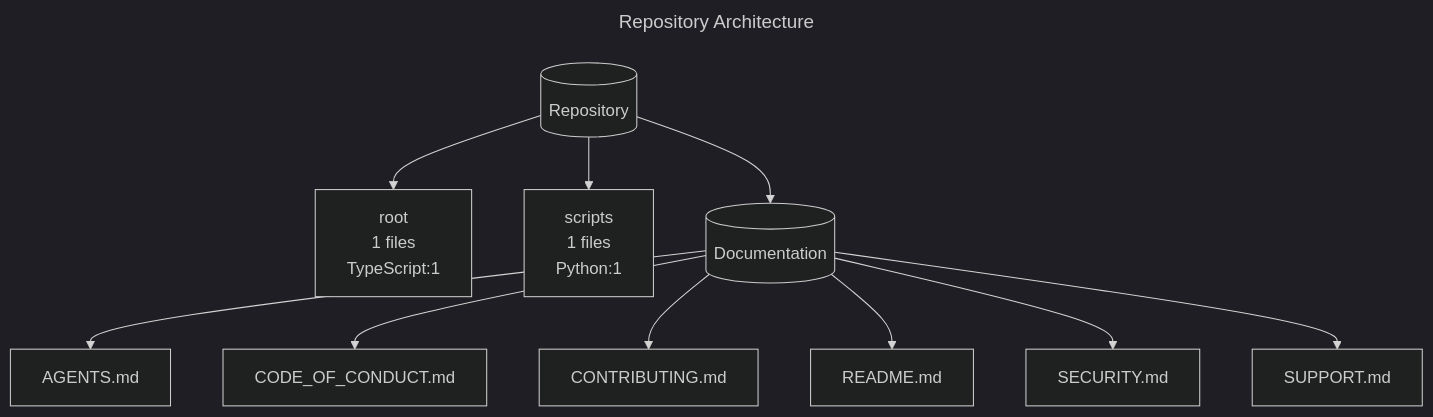
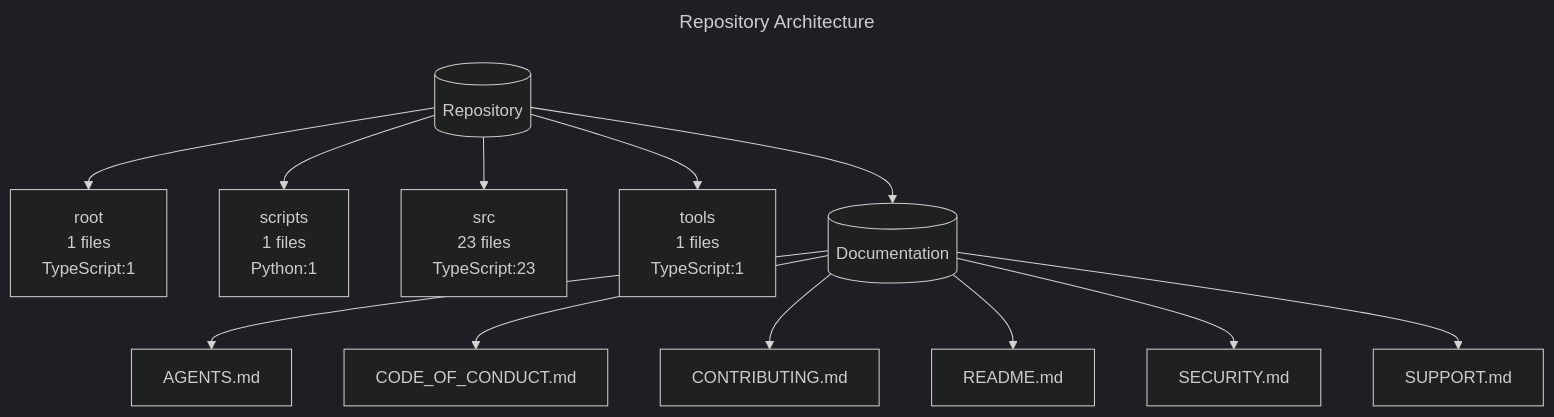
The diagram in docs/architecture.mmd (bell-kevin/clepsydra), drawn with Mermaid (dark theme) before and after one commit.

Commit message:
chore: update architecture diagram

```diff
--- a/docs/architecture.mmd
+++ b/docs/architecture.mmd
@@ -1,25 +1,29 @@
 ---
 title: Repository Architecture
 ---
 graph TD
     repo[(Repository)]
     n_root["root\n1 files\nTypeScript:1"]
     repo --> n_root
     n_scripts["scripts\n1 files\nPython:1"]
     repo --> n_scripts
+    n_src["src\n23 files\nTypeScript:23"]
+    repo --> n_src
+    n_tools["tools\n1 files\nTypeScript:1"]
+    repo --> n_tools
     docs[(Documentation)]
     repo --> docs
     n_doc_AGENTS_md["AGENTS.md"]
     docs --> n_doc_AGENTS_md
     n_doc_CODE_OF_CONDUCT_md["CODE_OF_CONDUCT.md"]
     docs --> n_doc_CODE_OF_CONDUCT_md
     n_doc_CONTRIBUTING_md["CONTRIBUTING.md"]
     docs --> n_doc_CONTRIBUTING_md
     n_doc_README_md["README.md"]
     docs --> n_doc_README_md
     n_doc_SECURITY_md["SECURITY.md"]
     docs --> n_doc_SECURITY_md
     n_doc_SUPPORT_md["SUPPORT.md"]
     docs --> n_doc_SUPPORT_md
 
 %% Generated by scripts/generate_architecture_diagram.py
```
